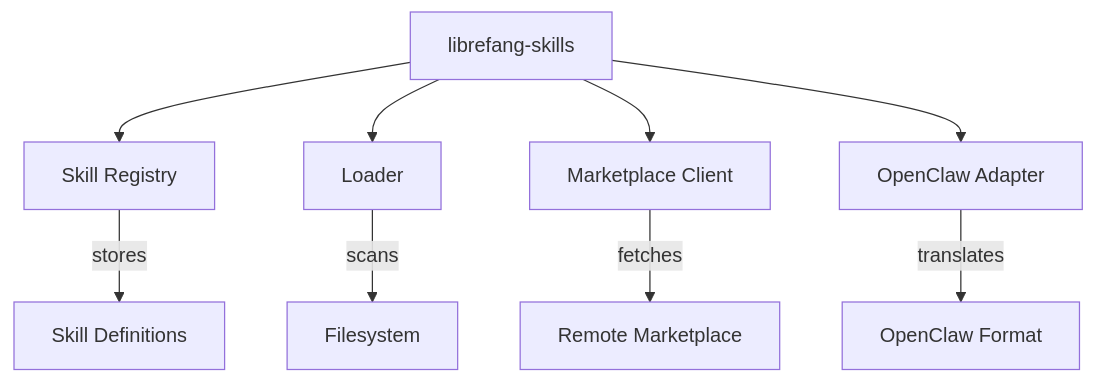
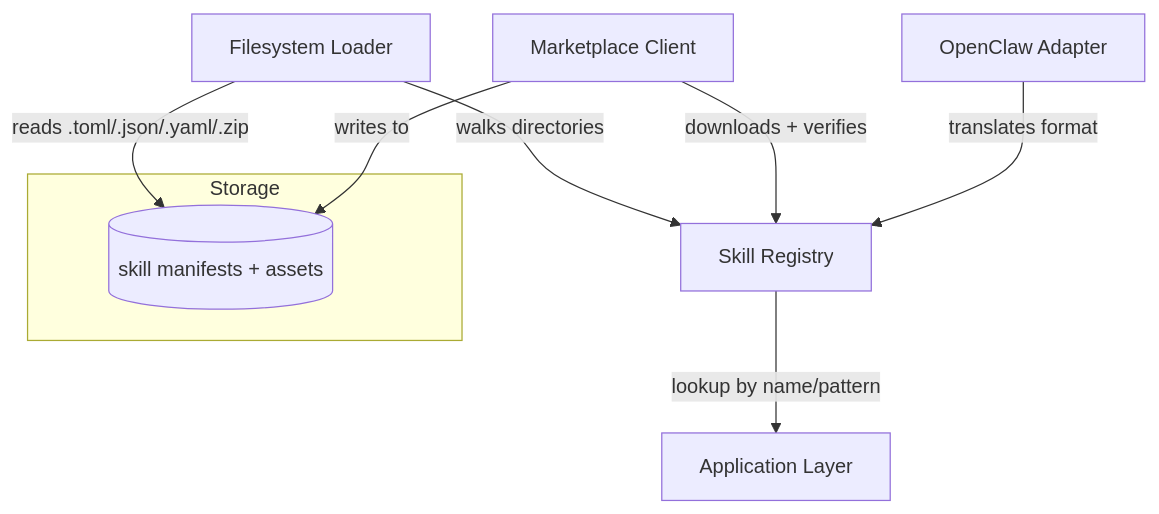
The diagram in other-librefang-skills.md (leszek3737/librefang-WIki), drawn with Mermaid before and after one commit. The commit also changed other lines of this file and 94 other files, not shown here.

````diff
--- a/other-librefang-skills.md
+++ b/other-librefang-skills.md
@@ -13,11 +20,14 @@
 ```mermaid
 graph TD
-    A[librefang-skills] --> B[Skill Registry]
-    A --> C[Loader]
-    A --> D[Marketplace Client]
-    A --> E[OpenClaw Adapter]
-    C -->|scans| F[Filesystem]
-    D -->|fetches| G[Remote Marketplace]
-    B -->|stores| H[Skill Definitions]
-    E -->|translates| I[OpenClaw Format]
+    FS[Filesystem Loader] -->|walks directories| REG[Skill Registry]
+    MKT[Marketplace Client] -->|downloads + verifies| REG
+    REG -->|lookup by name/pattern| CONSUMERS[Application Layer]
+    OCV[OpenClaw Adapter] -->|translates format| REG
+
+    subgraph Storage
+        DISK[(skill manifests + assets)]
+    end
+
+    FS -->|reads .toml/.json/.yaml/.zip| DISK
+    MKT -->|writes to| DISK
 ```
````
